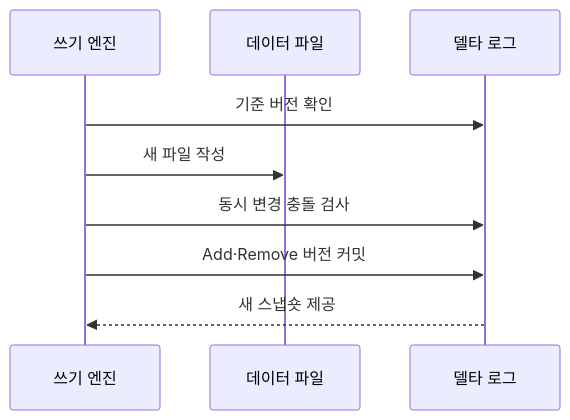
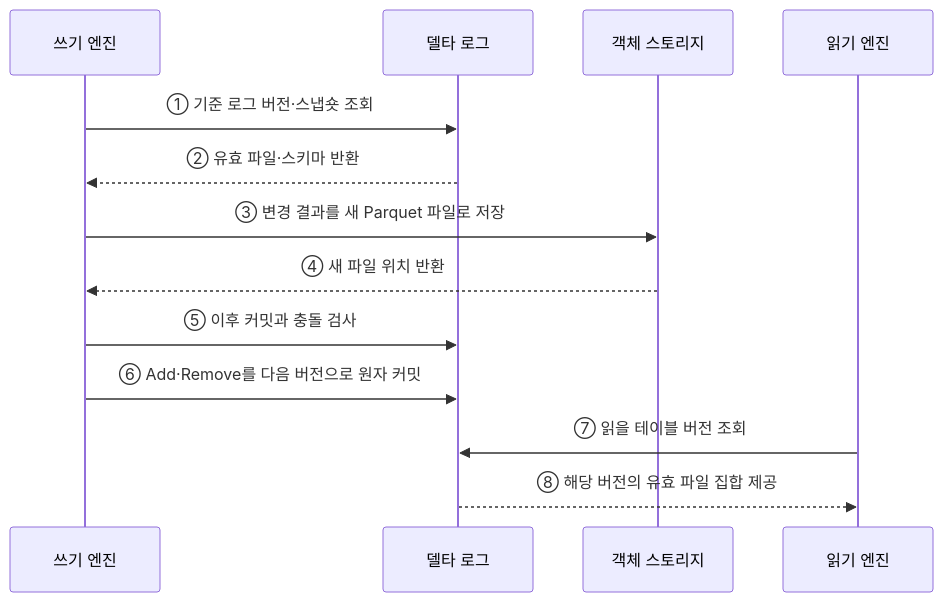
One commit to agnusdei1207/knowledge-base changed the second of 2 diagrams in src/content/docs/notes/03-software/127_delta_lake.md. Above: the diagram before and after it, drawn with Mermaid. The commit also changed other lines of this file and 20 other files, not shown here.

````diff
--- a/src/content/docs/notes/03-software/127_delta_lake.md
+++ b/src/content/docs/notes/03-software/127_delta_lake.md
@@ -81,11 +74,15 @@
 ```mermaid
 sequenceDiagram
-    participant E as 쓰기 엔진
-    participant D as 데이터 파일
+    participant W as 쓰기 엔진
     participant L as 델타 로그
-    E->>L: 기준 버전 확인
-    E->>D: 새 파일 작성
-    E->>L: 동시 변경 충돌 검사
-    E->>L: Add·Remove 버전 커밋
-    L-->>E: 새 스냅숏 제공
+    participant D as 객체 스토리지
+    participant R as 읽기 엔진
+    W->>L: ① 기준 로그 버전·스냅숏 조회
+    L-->>W: ② 유효 파일·스키마 반환
+    W->>D: ③ 변경 결과를 새 Parquet 파일로 저장
+    D-->>W: ④ 새 파일 위치 반환
+    W->>L: ⑤ 이후 커밋과 충돌 검사
+    W->>L: ⑥ Add·Remove를 다음 버전으로 원자 커밋
+    R->>L: ⑦ 읽을 테이블 버전 조회
+    L-->>R: ⑧ 해당 버전의 유효 파일 집합 제공
 ```
````
